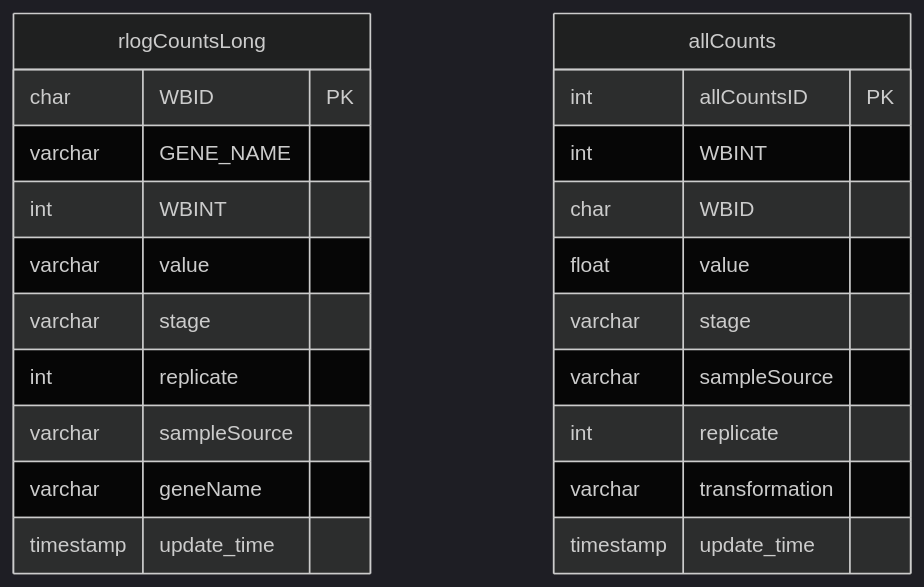
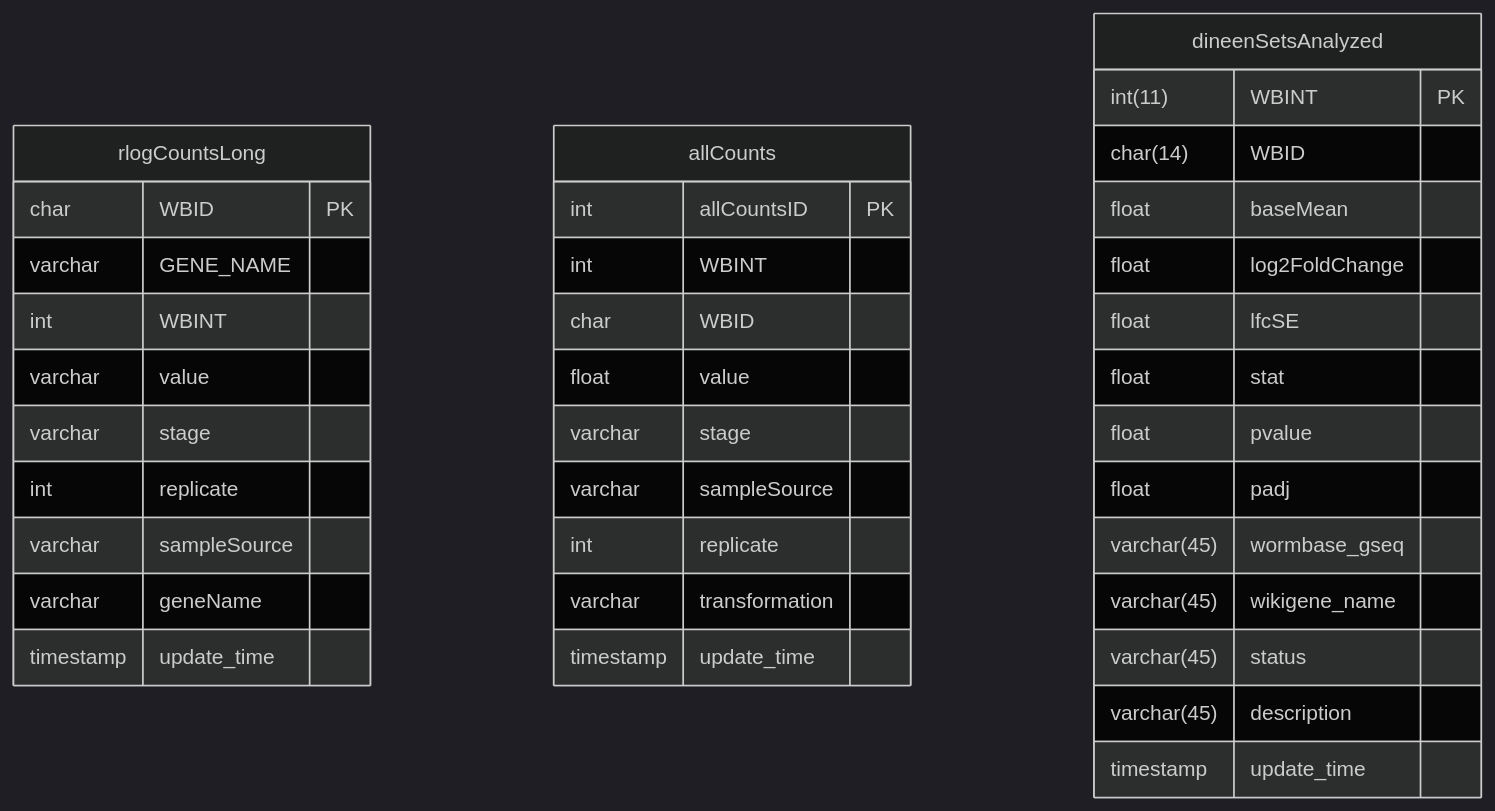
One commit to meekrob/OnishRDB changed the diagram in README.md. Above: the diagram before and after it, drawn with Mermaid (dark theme).

````diff
--- a/README.md
+++ b/README.md
@@ -90,27 +90,43 @@
 ```mermaid 
 erDiagram
 rlogCountsLong {
   char WBID PK
   varchar GENE_NAME
   int WBINT
   varchar value
   varchar stage
   int replicate 
   varchar sampleSource
   varchar geneName
   timestamp update_time
     }
 
 allCounts {
   int allCountsID PK
   int WBINT
   char WBID
   float value
   varchar stage
   varchar sampleSource
   int replicate
   varchar transformation
   timestamp update_time 
 }
 
+dineenSetsAnalyzed {
+  int(11) WBINT  PK
+  char(14) WBID
+  float baseMean 
+  float log2FoldChange 
+  float lfcSE 
+  float stat 
+  float pvalue 
+  float padj 
+  varchar(45) wormbase_gseq 
+  varchar(45) wikigene_name 
+  varchar(45) status 
+  varchar(45) description
+  timestamp update_time 
+}
+
 ```
````
